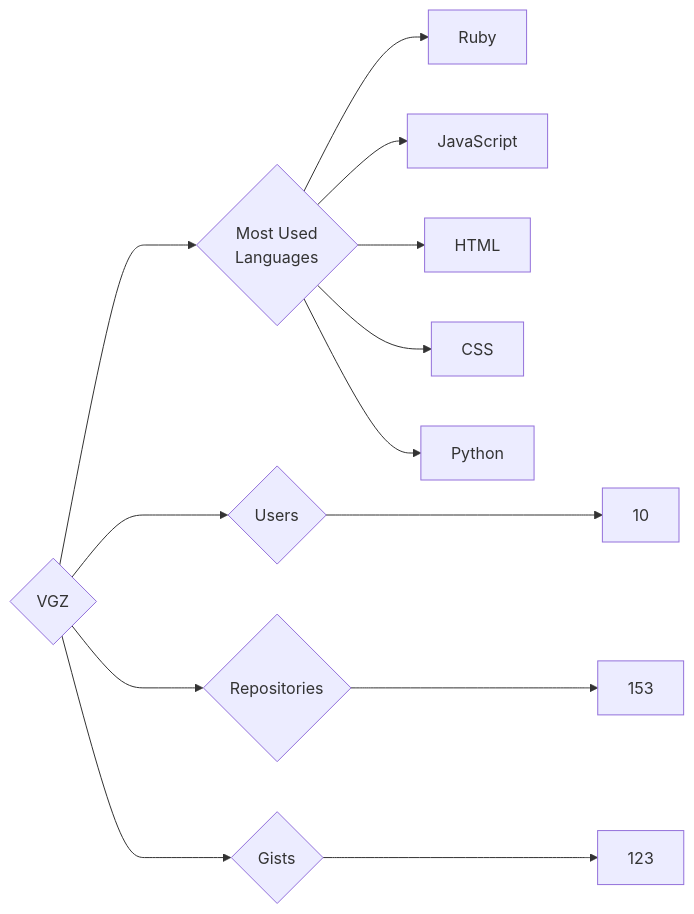
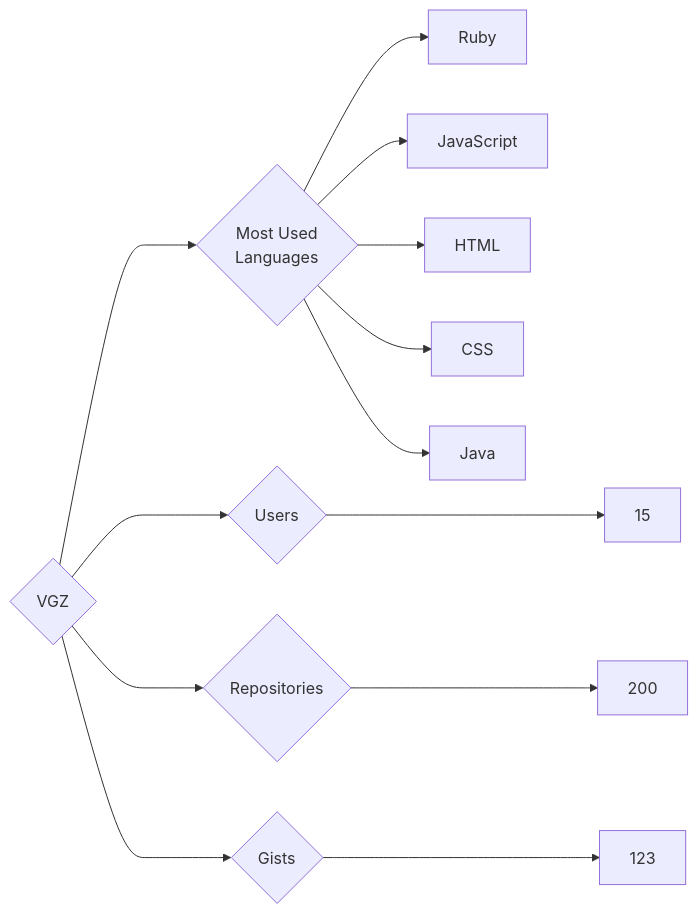
One commit to trickest/insiders changed the diagram in targets/VGZ/README.md. Above: the diagram before and after it, drawn with Mermaid. The commit also changed 965 other files, not shown here.

````diff
--- a/targets/VGZ/README.md
+++ b/targets/VGZ/README.md
@@ -3,13 +3,13 @@
 ```mermaid
 graph LR
 COMPANY_NAME{VGZ}
-COMPANY_NAME ---> U{Users} ---> UN[10]
-COMPANY_NAME ---> R{Repositories} ---> RN[153]
+COMPANY_NAME ---> U{Users} ---> UN[15]
+COMPANY_NAME ---> R{Repositories} ---> RN[200]
 COMPANY_NAME ---> G{Gists} ---> GN[123]
 COMPANY_NAME ---> ML{Most Used<br>Languages}
 ML --> Ruby[Ruby]
 ML --> JavaScript[JavaScript]
 ML --> HTML[HTML]
 ML --> CSS[CSS]
-ML --> Python[Python]
+ML --> Java[Java]
 ```
````
